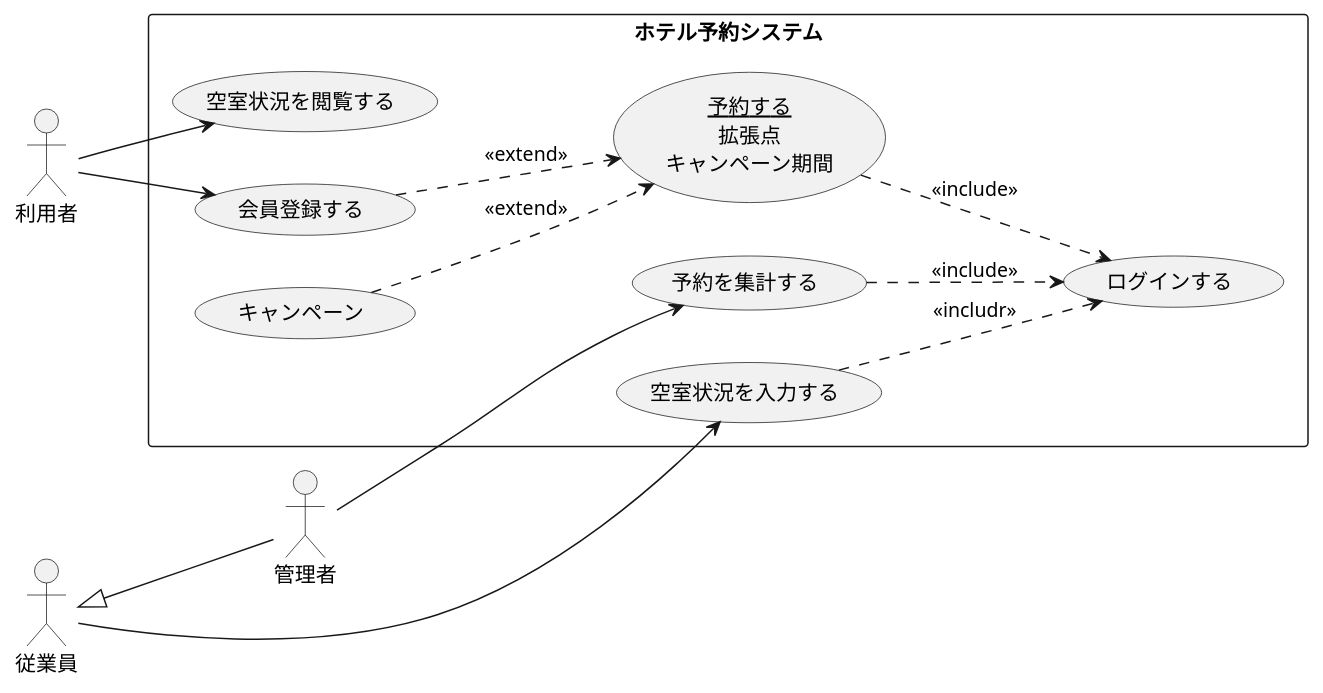
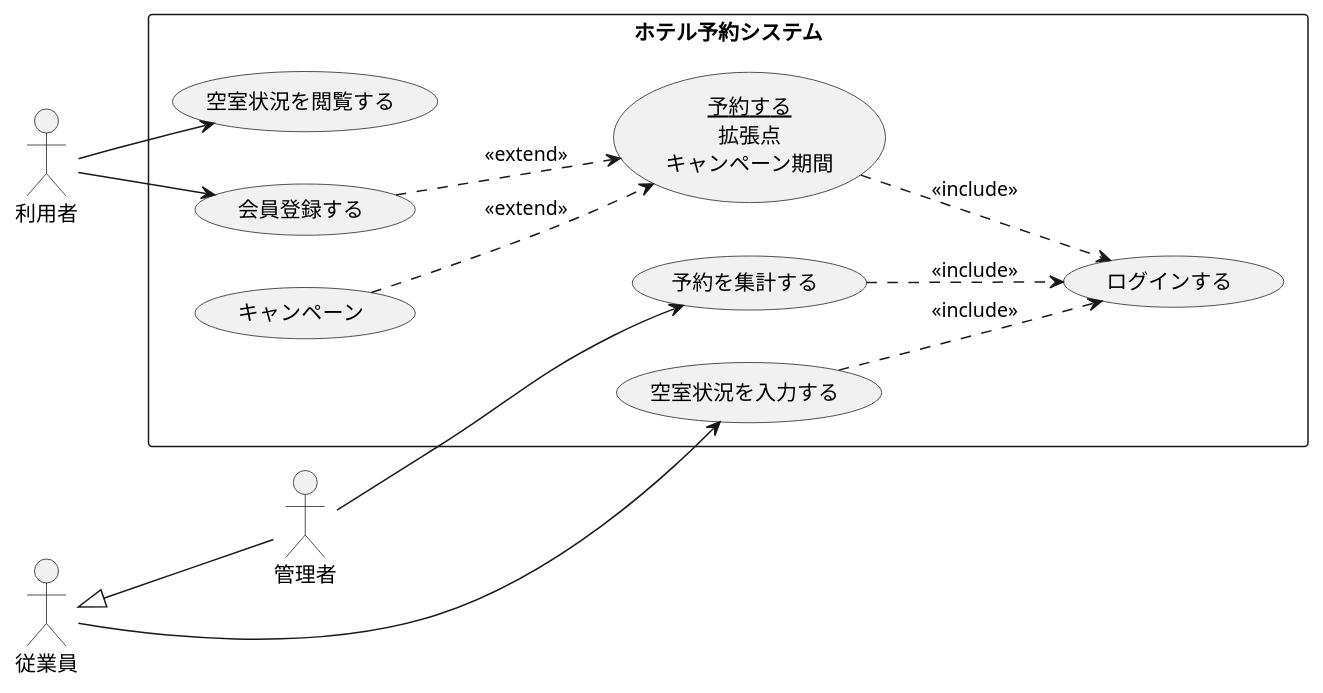
The diagram in 演習2-8_UC_ホテル予約システム.pu (takumiTakahata/uml-introduction), drawn with PlantUML before and after one commit.

Commit message:
修正

```diff
--- a/演習2-8_UC_ホテル予約システム.pu
+++ b/演習2-8_UC_ホテル予約システム.pu
@@ -1,25 +1,25 @@
 @startuml ユースケース図
 left to right direction  
 actor 利用者
 actor 従業員
 actor 管理者
 rectangle ホテル予約システム {
 usecase 空室状況を閲覧する
 usecase (<u>予約する</u>\n拡張点\nキャンペーン期間) as reserve
 usecase 空室状況を入力する
 usecase 予約を集計する
 usecase ログインする
 usecase 会員登録する
 usecase キャンペーン
 }
 利用者 --> 空室状況を閲覧する
 利用者 --> 会員登録する
 キャンペーン -[dashed]-> reserve : <<extend>>
 管理者 --> 予約を集計する
 従業員 <|-- 管理者
 従業員 --> 空室状況を入力する
 reserve -[dashed]-> ログインする : <<include>>
 予約を集計する -[dashed]-> ログインする : <<include>>
-空室状況を入力する -[dashed]-> ログインする : <<includr>>
+空室状況を入力する -[dashed]-> ログインする : <<include>>
 会員登録する -[dashed]-> reserve: <<extend>>
 @enduml
```
